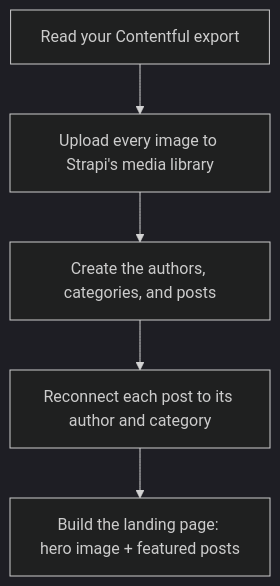
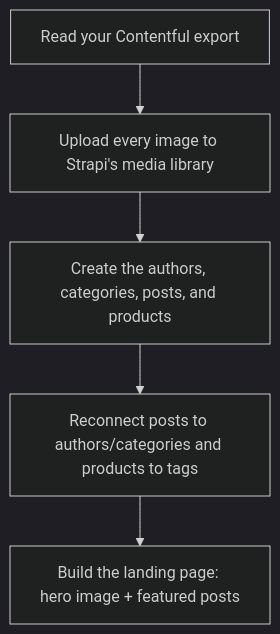
The second of 2 diagrams in migration-guide.md (PaulBratslavsky/contentfull-to-strapi-migration-post), drawn with Mermaid (dark theme) before and after one commit. The commit also changed other lines of this file, not shown here.

````diff
--- a/migration-guide.md
+++ b/migration-guide.md
@@ -237,7 +240,7 @@
 ```mermaid
 flowchart TD
     A[Read your Contentful export] --> B[Upload every image to Strapi's media library]
-    B --> C[Create the authors, categories, and posts]
-    C --> D[Reconnect each post to its author and category]
+    B --> C[Create the authors, categories, posts, and products]
+    C --> D[Reconnect posts to authors/categories and products to tags]
     D --> E[Build the landing page: hero image + featured posts]
 ```
````
